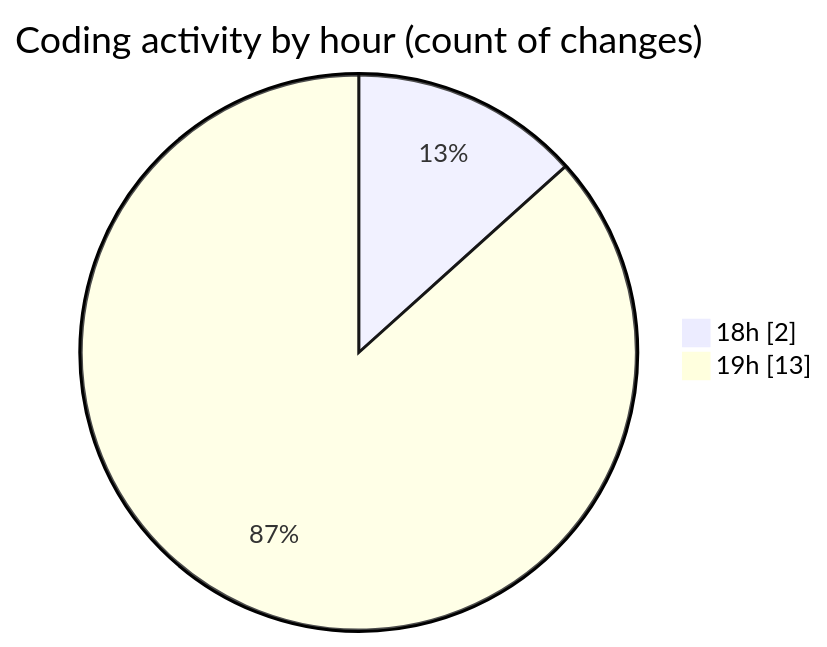
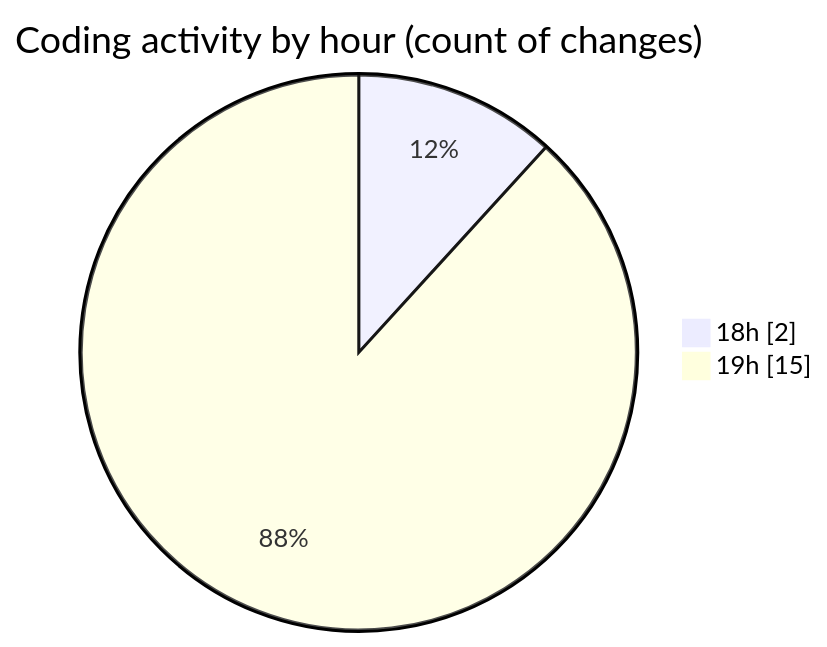
One commit to MatusMokan/code-tracking changed the second of 2 diagrams in 2025-02-27/myws__workspace_/README.md. Above: the diagram before and after it, drawn with Mermaid. The commit also changed other lines of this file and 1 other file, not shown here.

````diff
--- a/2025-02-27/myws__workspace_/README.md
+++ b/2025-02-27/myws__workspace_/README.md
@@ -28,6 +28,6 @@
 ```mermaid
 pie showData
 title Coding activity by hour (count of changes)
 "18h" : 2
-"19h" : 13
+"19h" : 15
 ```
````
